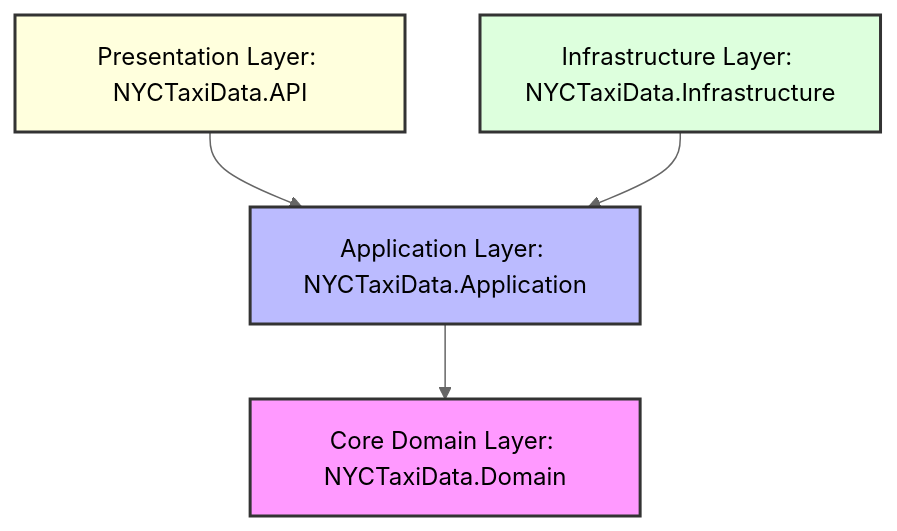
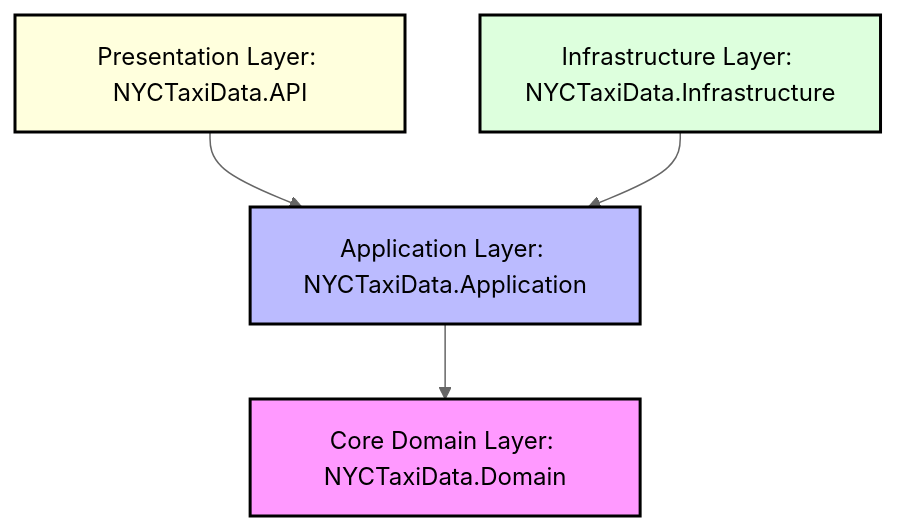
Before and after one commit to Umar-Khattab/NYCTaxiData: the diagram in README.md, drawn with Mermaid (neutral theme).

Commit message:
Update styles in README for layer diagrams

````diff
--- a/README.md
+++ b/README.md
@@ -74,11 +74,11 @@
 ```mermaid
 graph TD
     API[Presentation Layer: NYCTaxiData.API] --> Application[Application Layer: NYCTaxiData.Application]
     Infrastructure[Infrastructure Layer: NYCTaxiData.Infrastructure] --> Application
     Application --> Domain[Core Domain Layer: NYCTaxiData.Domain]
 
-    style Domain fill:#f9f,stroke:#333,stroke-width:2px
-    style Application fill:#bbf,stroke:#333,stroke-width:2px
-    style Infrastructure fill:#dfd,stroke:#333,stroke-width:2px
-    style API fill:#ffd,stroke:#333,stroke-width:2px
+    style Domain fill:#f9f,stroke:#000000,stroke-width:2px
+    style Application fill:#bbf,stroke:#000000,stroke-width:2px
+    style Infrastructure fill:#dfd,stroke:#000000,stroke-width:2px
+    style API fill:#ffd,stroke:#000000,stroke-width:2px
 ```
````
